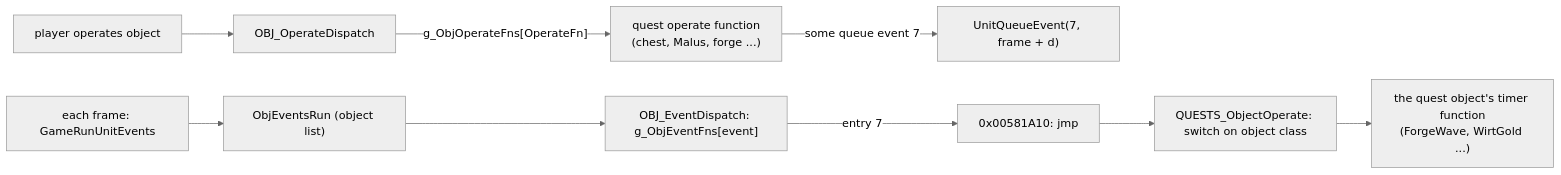
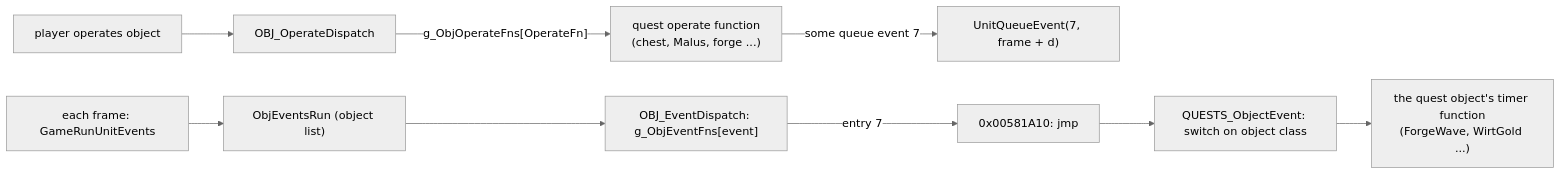
One commit to IgorKonovalov/diablo-2-recompilation changed the diagram in docs/findings/items/0010-quest-drops.md. Above: the diagram before and after it, drawn with Mermaid (neutral theme). The commit also changed other lines of this file and 9 other files, not shown here.

````diff
--- a/docs/findings/items/0010-quest-drops.md
+++ b/docs/findings/items/0010-quest-drops.md
@@ -647,11 +647,11 @@
 ```mermaid
 flowchart LR
   click["player operates object"] --> disp["OBJ_OperateDispatch"]
   disp -->|"g_ObjOperateFns[OperateFn]"| op["quest operate function<br/>(chest, Malus, forge ...)"]
   op -->|"some queue event 7"| q["UnitQueueEvent(7, frame + d)"]
   frame["each frame: GameRunUnitEvents"] --> run["ObjEventsRun (object list)"]
   run --> ed["OBJ_EventDispatch: g_ObjEventFns[event]"]
   ed -->|"entry 7"| thunk["0x00581A10: jmp"]
-  thunk --> qo["QUESTS_ObjectOperate: switch on object class"]
+  thunk --> qo["QUESTS_ObjectEvent: switch on object class"]
   qo --> tgt["the quest object's timer function<br/>(ForgeWave, WirtGold ...)"]
 ```
````
